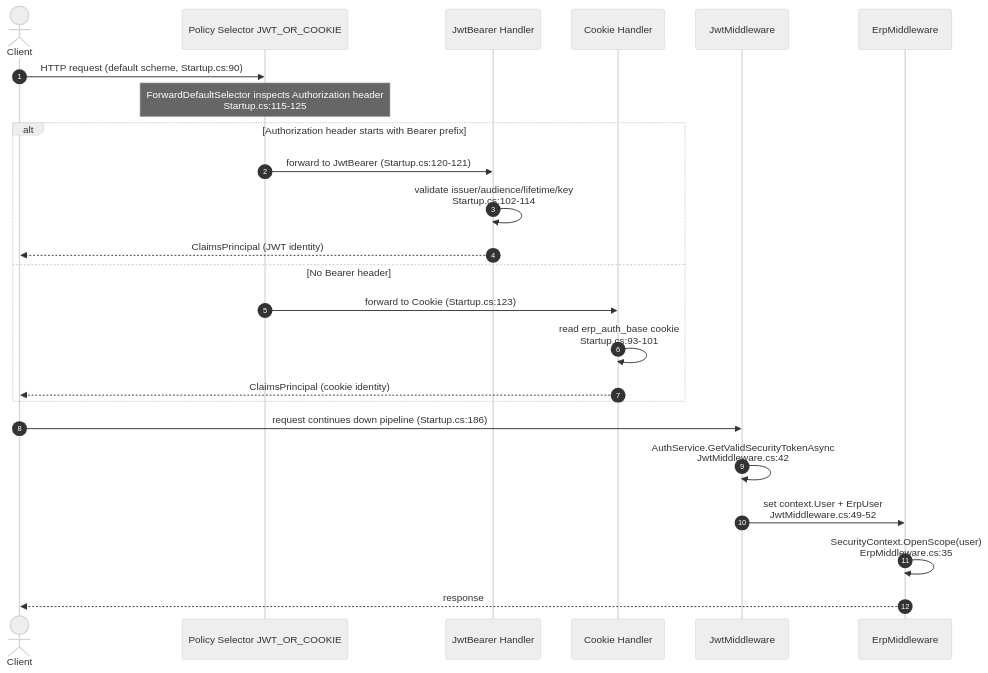
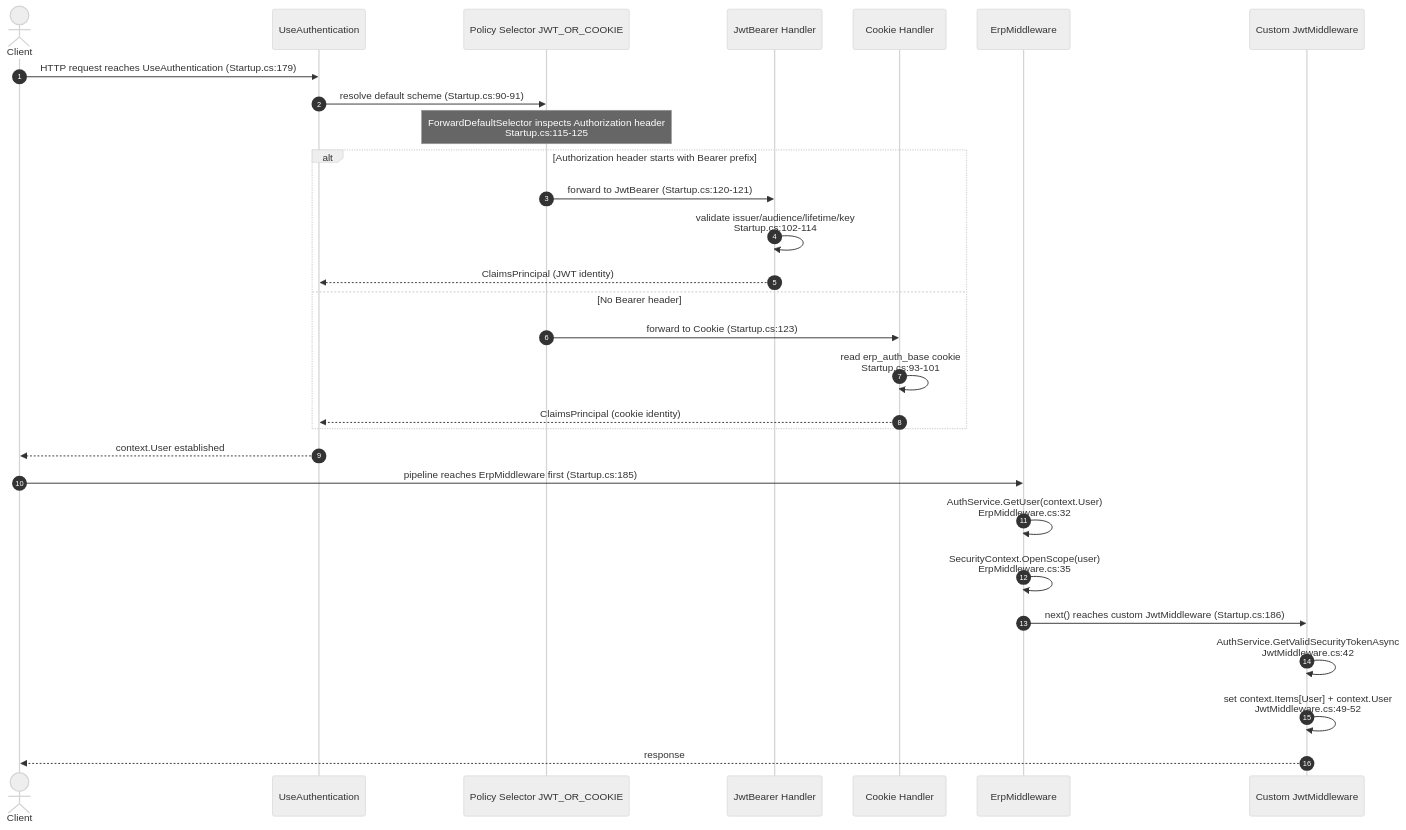
One commit to blitzy-public-samples/blitzy-WebVella-ERP changed the third of 6 diagrams in docs/reverse-engineering/architecture.md. Above: the diagram before and after it, drawn with Mermaid (neutral theme). The commit also changed other lines of this file and 2 other files, not shown here.

````diff
--- a/docs/reverse-engineering/architecture.md
+++ b/docs/reverse-engineering/architecture.md
@@ -285,27 +287,32 @@
 ```mermaid
 sequenceDiagram
     autonumber
     actor C as Client
+    participant AUTH as UseAuthentication
     participant PS as Policy Selector JWT_OR_COOKIE
     participant JWT as JwtBearer Handler
     participant CK as Cookie Handler
-    participant MW as JwtMiddleware
     participant ERP as ErpMiddleware
+    participant MW as Custom JwtMiddleware
 
-    C->>PS: HTTP request (default scheme, Startup.cs:90)
+    C->>AUTH: HTTP request reaches UseAuthentication (Startup.cs:179)
+    AUTH->>PS: resolve default scheme (Startup.cs:90-91)
     Note over PS: ForwardDefaultSelector inspects Authorization header<br/>Startup.cs:115-125
     alt Authorization header starts with Bearer prefix
         PS->>JWT: forward to JwtBearer (Startup.cs:120-121)
         JWT->>JWT: validate issuer/audience/lifetime/key<br/>Startup.cs:102-114
-        JWT-->>C: ClaimsPrincipal (JWT identity)
+        JWT-->>AUTH: ClaimsPrincipal (JWT identity)
     else No Bearer header
         PS->>CK: forward to Cookie (Startup.cs:123)
         CK->>CK: read erp_auth_base cookie<br/>Startup.cs:93-101
-        CK-->>C: ClaimsPrincipal (cookie identity)
+        CK-->>AUTH: ClaimsPrincipal (cookie identity)
     end
-    C->>MW: request continues down pipeline (Startup.cs:186)
+    AUTH-->>C: context.User established
+    C->>ERP: pipeline reaches ErpMiddleware first (Startup.cs:185)
+    ERP->>ERP: AuthService.GetUser(context.User)<br/>ErpMiddleware.cs:32
+    ERP->>ERP: SecurityContext.OpenScope(user)<br/>ErpMiddleware.cs:35
+    ERP->>MW: next() reaches custom JwtMiddleware (Startup.cs:186)
     MW->>MW: AuthService.GetValidSecurityTokenAsync<br/>JwtMiddleware.cs:42
-    MW->>ERP: set context.User + ErpUser<br/>JwtMiddleware.cs:49-52
-    ERP->>ERP: SecurityContext.OpenScope(user)<br/>ErpMiddleware.cs:35
-    ERP-->>C: response
+    MW->>MW: set context.Items[User] + context.User<br/>JwtMiddleware.cs:49-52
+    MW-->>C: response
 ```
````
